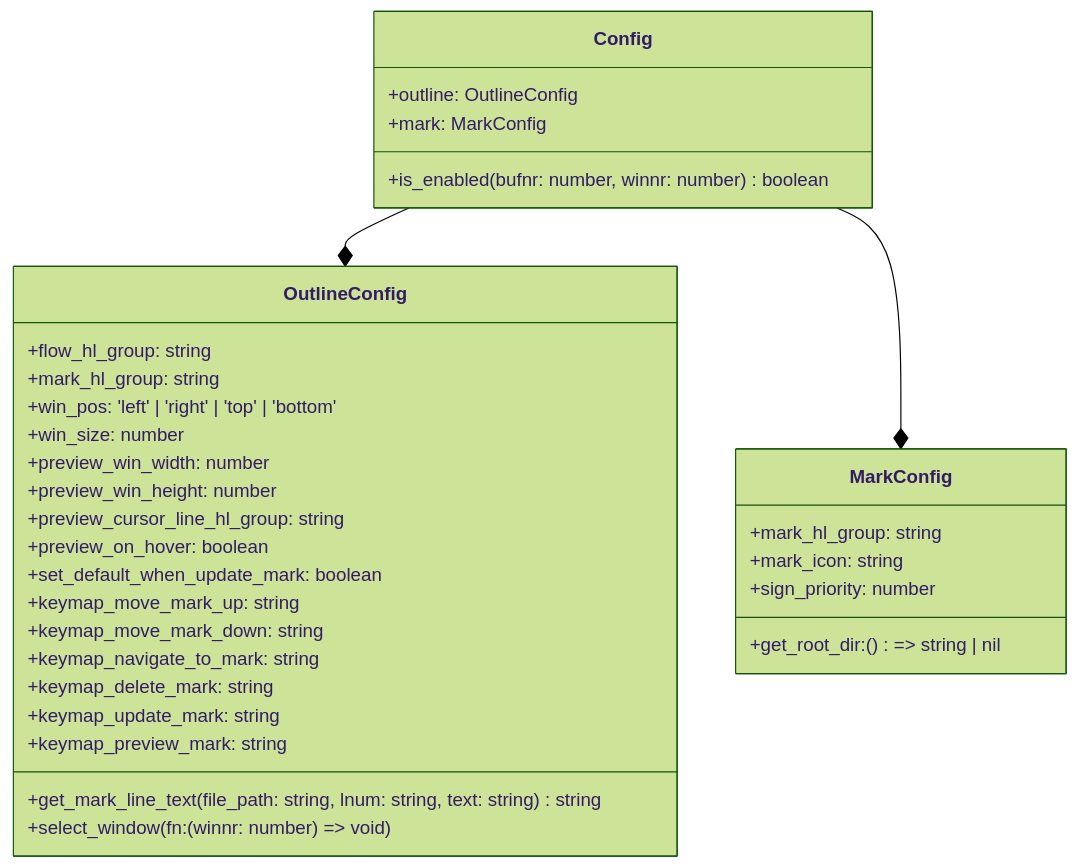
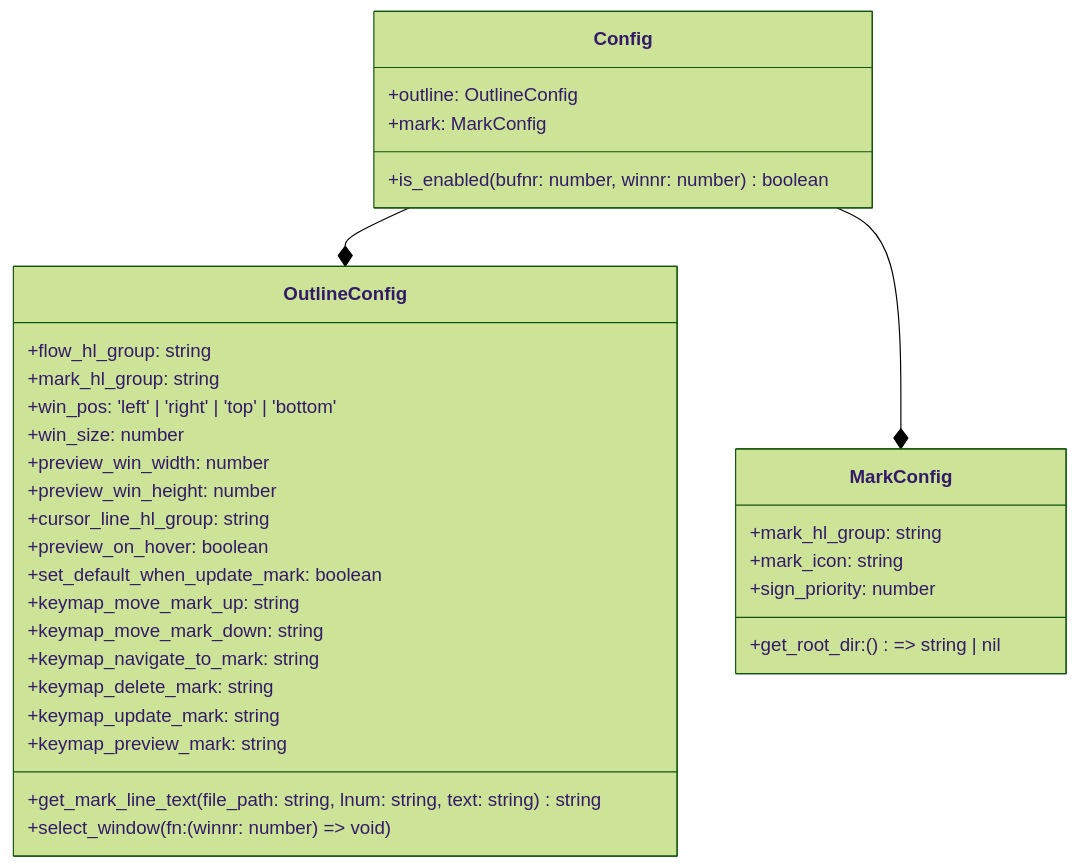
Before and after one commit to niuiic/track.nvim: the second of 2 diagrams in README.md, drawn with Mermaid (forest theme). The commit also changed other lines of this file and 5 other files, not shown here.

````diff
--- a/README.md
+++ b/README.md
@@ -213,38 +214,38 @@
 ```mermaid
 classDiagram
     Config --* OutlineConfig
     Config --* MarkConfig
     class Config {
         +outline: OutlineConfig
         +mark: MarkConfig
         +is_enabled(bufnr: number, winnr: number) boolean
     }
 
     class OutlineConfig {
         +flow_hl_group: string
         +mark_hl_group: string
         +win_pos: 'left' | 'right' | 'top' | 'bottom'
         +win_size: number
         +preview_win_width: number
         +preview_win_height: number
-        +preview_cursor_line_hl_group: string
+        +cursor_line_hl_group: string
         +preview_on_hover: boolean
         +set_default_when_update_mark: boolean
         +keymap_move_mark_up: string
         +keymap_move_mark_down: string
         +keymap_navigate_to_mark: string
         +keymap_delete_mark: string
         +keymap_update_mark: string
         +keymap_preview_mark: string
 
         +get_mark_line_text(file_path: string, lnum: string, text: string) string
         +select_window(fn: (winnr: number) => void)
     }
 
     class MarkConfig {
         +mark_hl_group: string
         +mark_icon: string
         +get_root_dir: () => string | nil
         +sign_priority: number
     }
 ```
````
